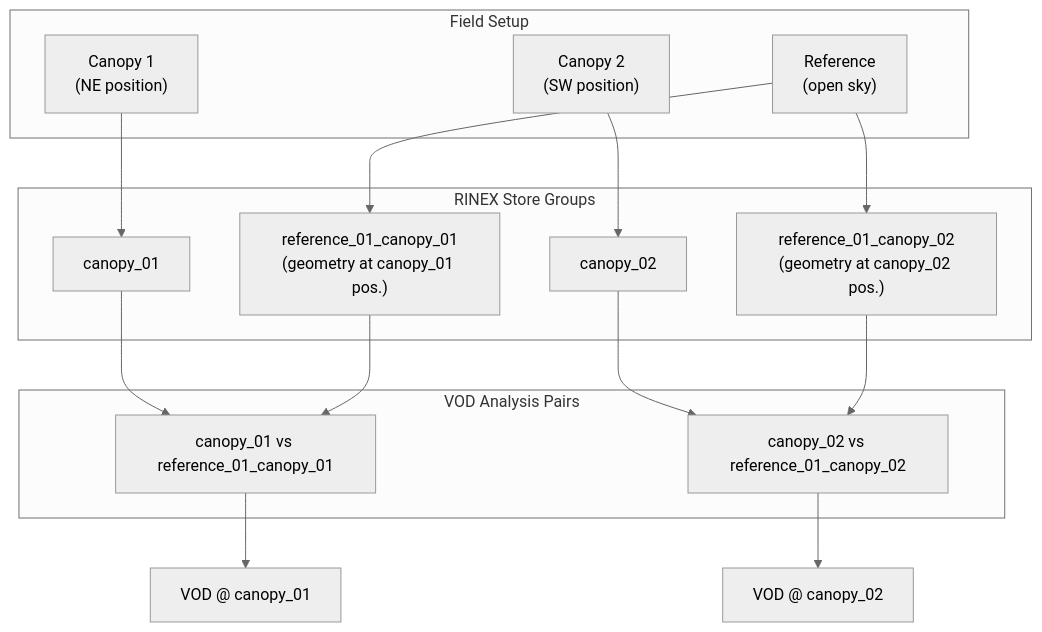
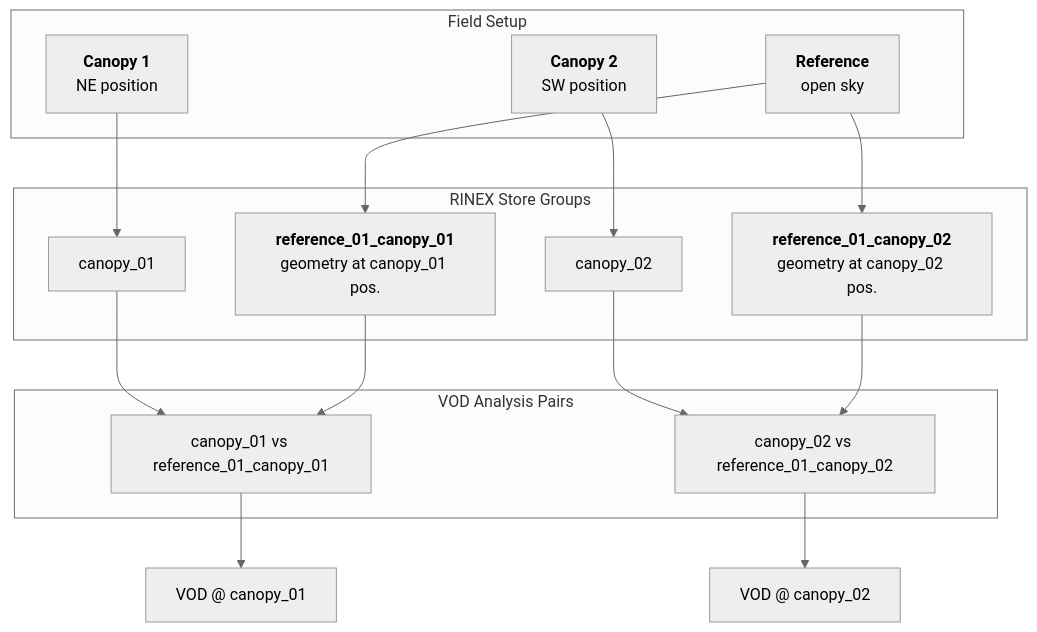
Before and after one commit to konstantinschellenberg/canvodpy: the diagram in docs/packages/vod/overview.md, drawn with Mermaid (neutral theme). The commit also changed 38 other files, not shown here.

````diff
--- a/docs/packages/vod/overview.md
+++ b/docs/packages/vod/overview.md
@@ -92,31 +92,36 @@
 ```mermaid
 flowchart TD
     subgraph FIELD["Field Setup"]
-        C1["Canopy 1\n(NE position)"]
-        C2["Canopy 2\n(SW position)"]
-        R1["Reference\n(open sky)"]
+        C1["`**Canopy 1**
+        NE position`"]
+        C2["`**Canopy 2**
+        SW position`"]
+        R1["`**Reference**
+        open sky`"]
     end
 
     subgraph STORE["RINEX Store Groups"]
         SG1["canopy_01"]
         SG2["canopy_02"]
-        SG3["reference_01_canopy_01\n(geometry at canopy_01 pos.)"]
-        SG4["reference_01_canopy_02\n(geometry at canopy_02 pos.)"]
+        SG3["`**reference_01_canopy_01**
+        geometry at canopy_01 pos.`"]
+        SG4["`**reference_01_canopy_02**
+        geometry at canopy_02 pos.`"]
     end
 
     subgraph VOD["VOD Analysis Pairs"]
         VP1["canopy_01 vs reference_01_canopy_01"]
         VP2["canopy_02 vs reference_01_canopy_02"]
     end
 
     C1 --> SG1
     C2 --> SG2
     R1 --> SG3
     R1 --> SG4
     SG1 --> VP1
     SG3 --> VP1
     SG2 --> VP2
     SG4 --> VP2
     VP1 --> V1["VOD @ canopy_01"]
     VP2 --> V2["VOD @ canopy_02"]
 ```
````
